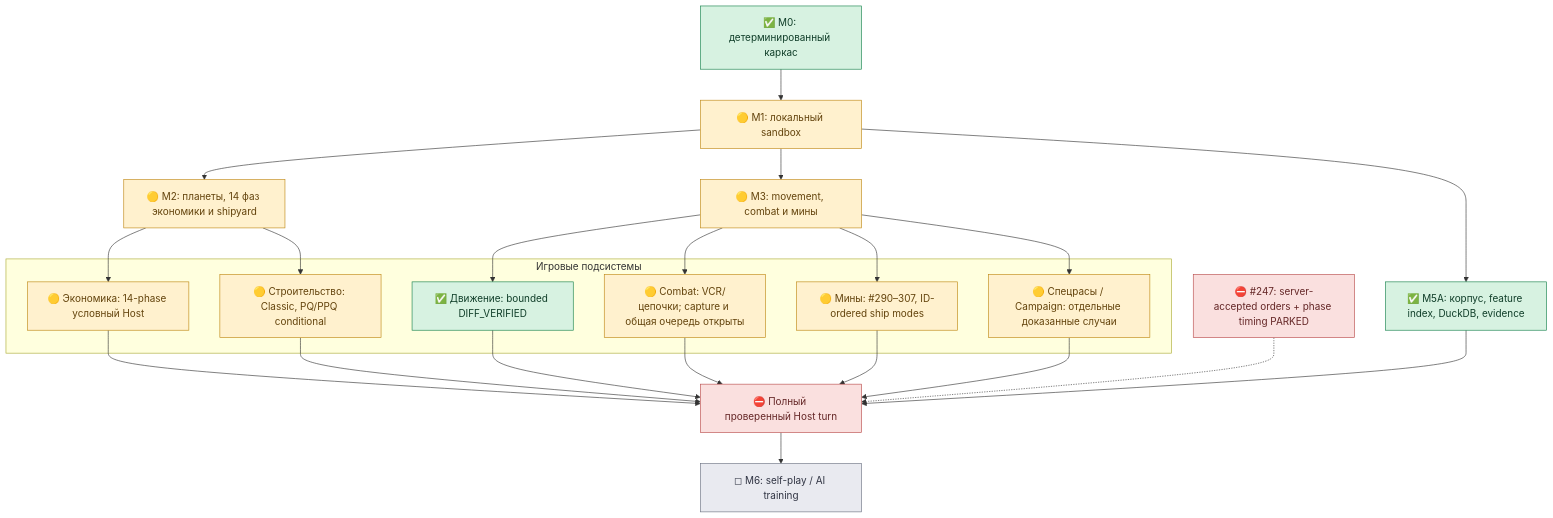
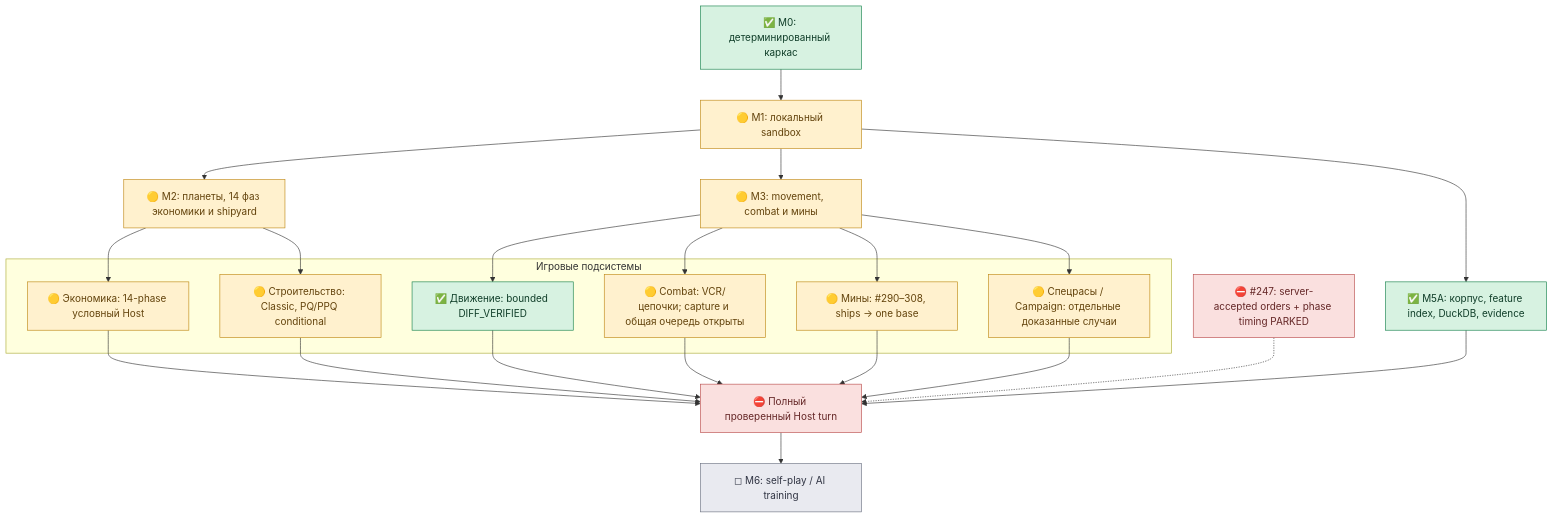
One commit to Numillyash/planets-lab changed the first of 2 diagrams in docs/PROJECT_PROGRESS_MAP.md. Above: the diagram before and after it, drawn with Mermaid. The commit also changed other lines of this file and 6 other files, not shown here.

First line of the commit message:
Core: compose canonical ID-ordered ship sweeps with one Campaign starbase on the same field roster (#308)

````diff
--- a/docs/PROJECT_PROGRESS_MAP.md
+++ b/docs/PROJECT_PROGRESS_MAP.md
@@ -23,41 +25,41 @@
 ```mermaid
 flowchart TB
     M0["✅ M0: детерминированный каркас"] --> M1["🟡 M1: локальный sandbox"]
     M1 --> M2["🟡 M2: планеты, 14 фаз экономики и shipyard"]
     M1 --> M3["🟡 M3: movement, combat и мины"]
     M1 --> M5["✅ M5A: корпус, feature index, DuckDB, evidence"]
 
     subgraph HostCore["Игровые подсистемы"]
       MOVE["✅ Движение: bounded DIFF_VERIFIED"]
       COMBAT["🟡 Combat: VCR/цепочки; capture и общая очередь открыты"]
       ECON["🟡 Экономика: 14-phase условный Host"]
       QUEUES["🟡 Строительство: Classic, PQ/PPQ conditional"]
-      MINES["🟡 Мины: #290–307, ID-ordered ship modes"]
+      MINES["🟡 Мины: #290–308, ships → one base"]
       RACES["🟡 Спецрасы / Campaign: отдельные доказанные случаи"]
     end
     M2 --> ECON
     M2 --> QUEUES
     M3 --> MOVE
     M3 --> COMBAT
     M3 --> MINES
     M3 --> RACES
 
     MOVE --> INTEGRATION["⛔ Полный проверенный Host turn"]
     COMBAT --> INTEGRATION
     ECON --> INTEGRATION
     QUEUES --> INTEGRATION
     MINES --> INTEGRATION
     RACES --> INTEGRATION
     M5 --> INTEGRATION
     GAP["⛔ #247: server-accepted orders + phase timing PARKED"] -.-> INTEGRATION
     INTEGRATION --> AI["◻ M6: self-play / AI training"]
 
     classDef verified fill:#d7f2e1,stroke:#14804a,color:#103e29;
     classDef partial fill:#fff1ce,stroke:#be8713,color:#63430c;
     classDef blocked fill:#fae0df,stroke:#b94b4b,color:#642626;
     classDef future fill:#e9eaf0,stroke:#6b7180,color:#303443;
     class M0,M5,MOVE verified;
     class M1,M2,M3,COMBAT,ECON,QUEUES,MINES,RACES partial;
     class INTEGRATION,GAP blocked;
     class AI future;
 ```
````
